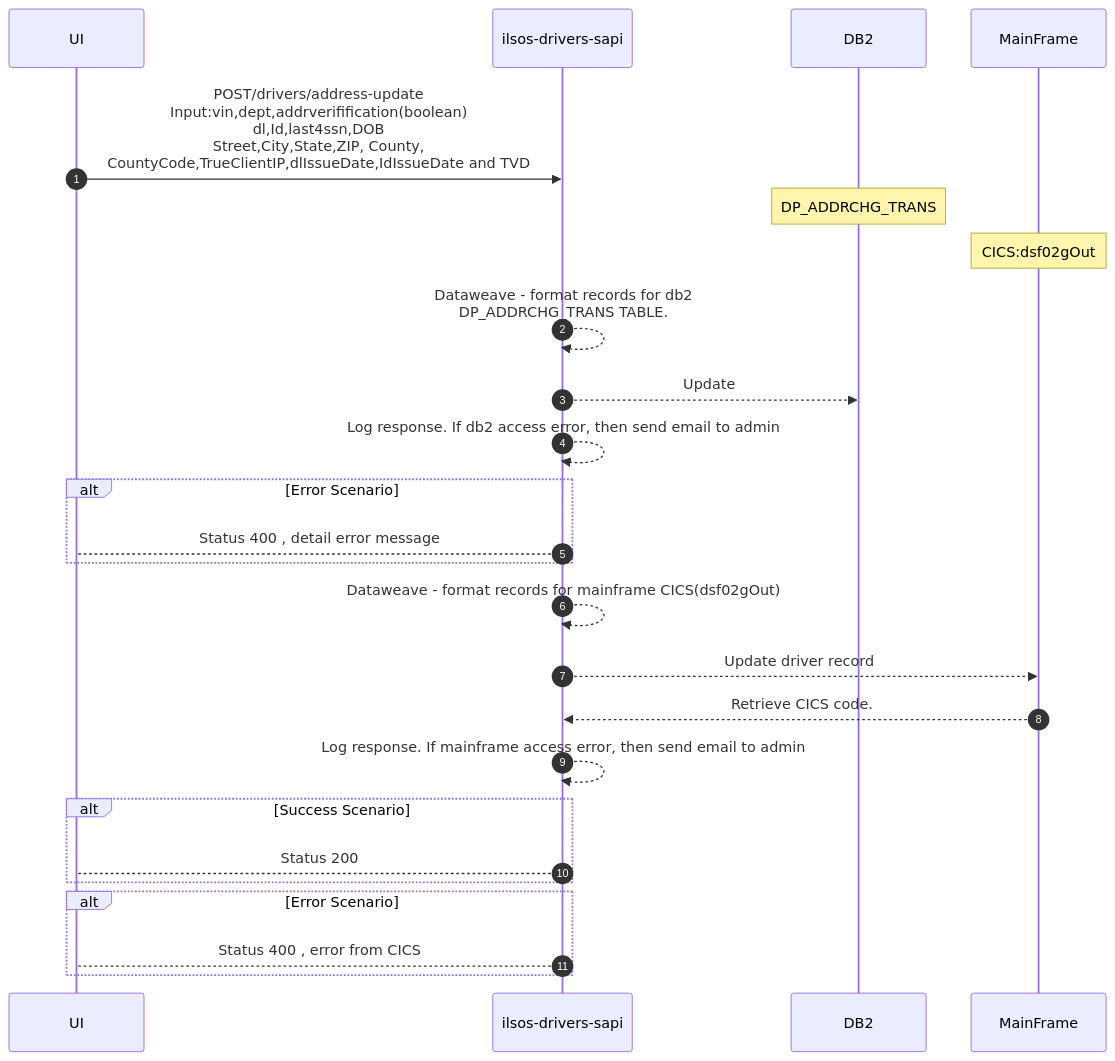
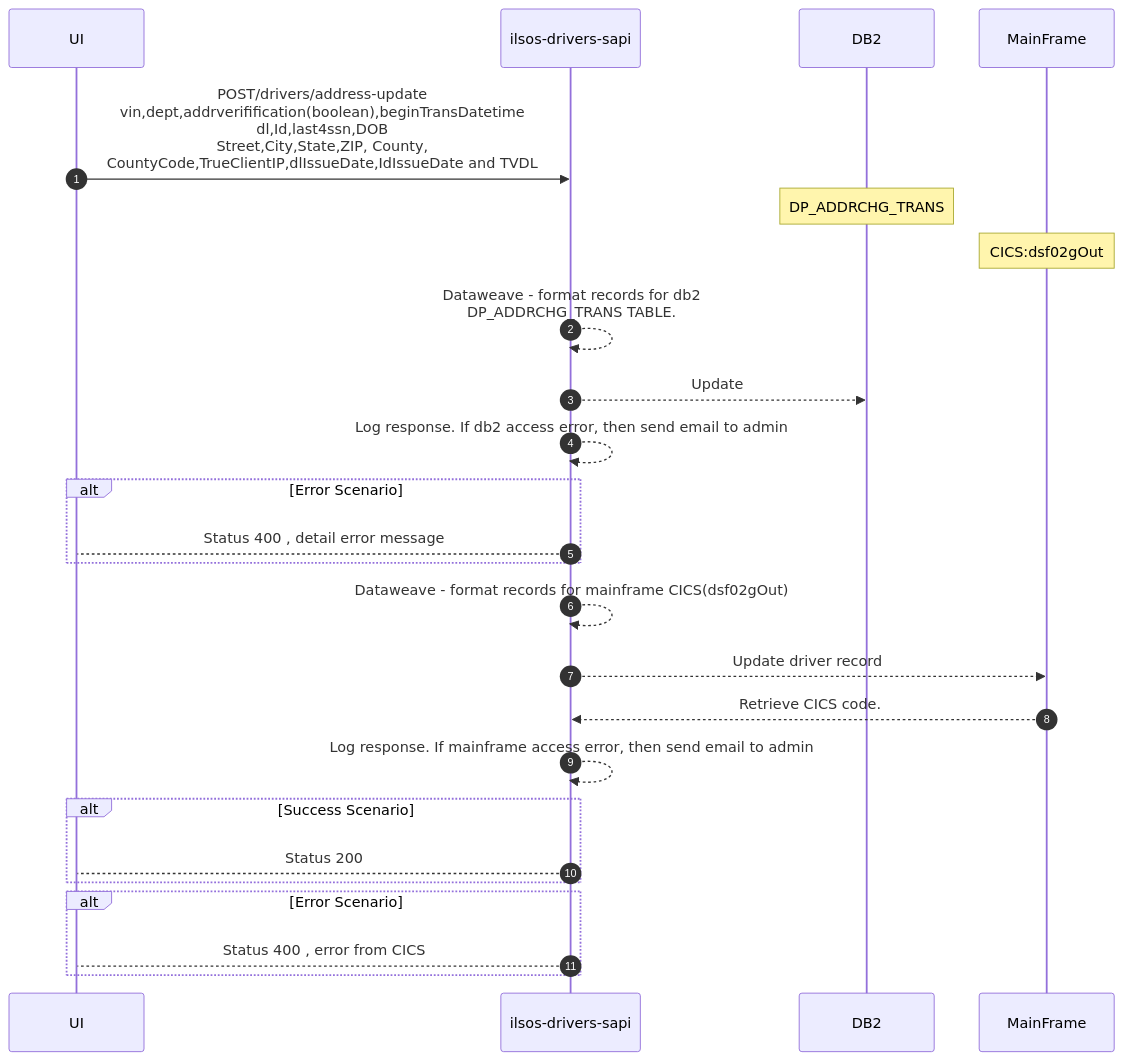
The first of 3 diagrams in README.md (acme-devs/ilsos-drivers-sapi), drawn with Mermaid before and after one commit. The commit also changed other lines of this file, not shown here.

````diff
--- a/README.md
+++ b/README.md
@@ -32,28 +32,29 @@
 ```mermaid
 sequenceDiagram
     autonumber
     participant ui as UI
     participant api as ilsos-drivers-sapi
     participant db2 as DB2
     participant mainframe as MainFrame
 
-    ui->>api:POST/drivers/address-update <br>Input:vin,dept,addrverifification(boolean)<br>dl,Id,last4ssn,DOB<br>Street,City,State,ZIP, County,<br>CountyCode,TrueClientIP,dlIssueDate,IdIssueDate and TVD
+    ui->>api:POST/drivers/address-update <br>vin,dept,addrverifification(boolean),beginTransDatetime<br>dl,Id,last4ssn,DOB<br>Street,City,State,ZIP, County,<br>CountyCode,TrueClientIP,dlIssueDate,IdIssueDate and TVDL
+
     note over db2:DP_ADDRCHG_TRANS
     note over mainframe:CICS:dsf02gOut
     api-->>api:Dataweave - format records for db2<BR> DP_ADDRCHG_TRANS TABLE.
     api-->>db2:Update
     api-->>api:Log response. If db2 access error, then send email to admin
     alt Error Scenario 
         api-->ui: Status 400 , detail error message
     end
     api-->>api:Dataweave - format records for mainframe CICS(dsf02gOut)
     api-->>mainframe:Update driver record
     mainframe-->>api:Retrieve CICS code.
     api-->>api:Log response. If mainframe access error, then send email to admin
     alt Success Scenario 
         api-->ui: Status 200 
     end
     alt Error Scenario 
         api-->ui: Status 400 , error from CICS
     end
   ```
````
